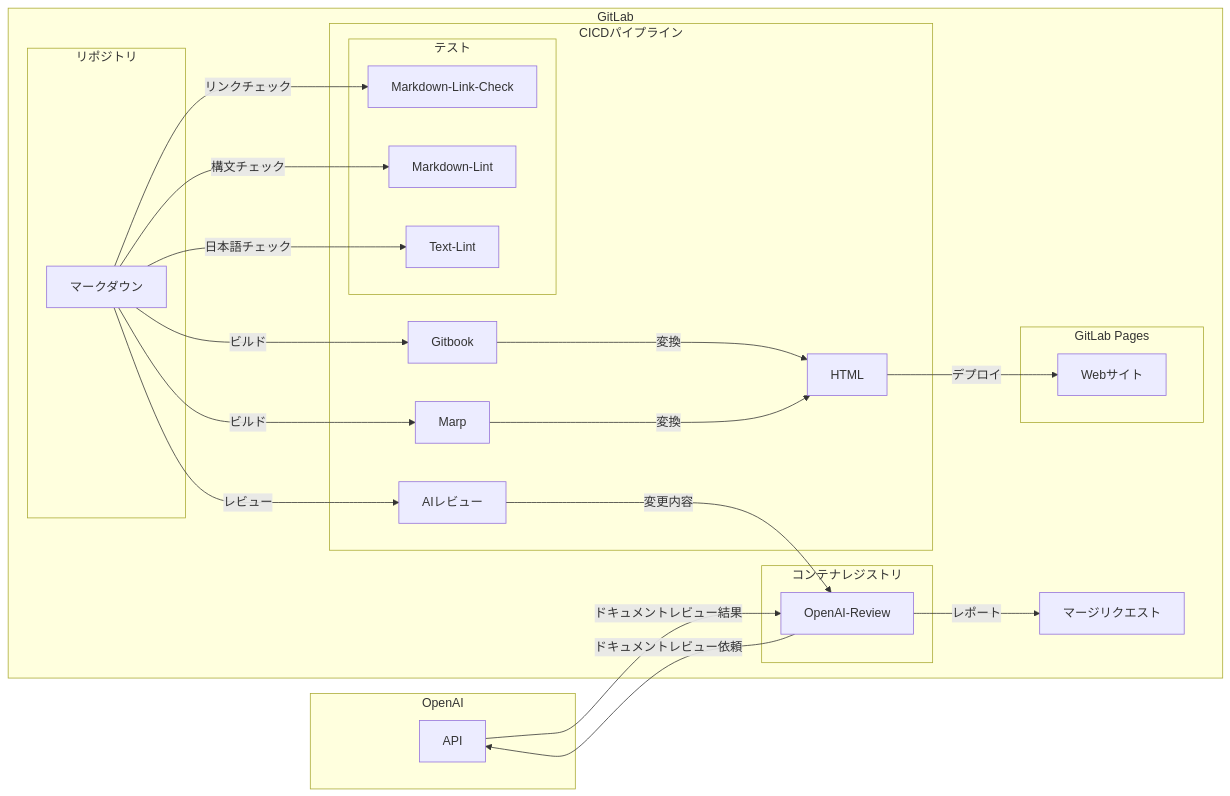
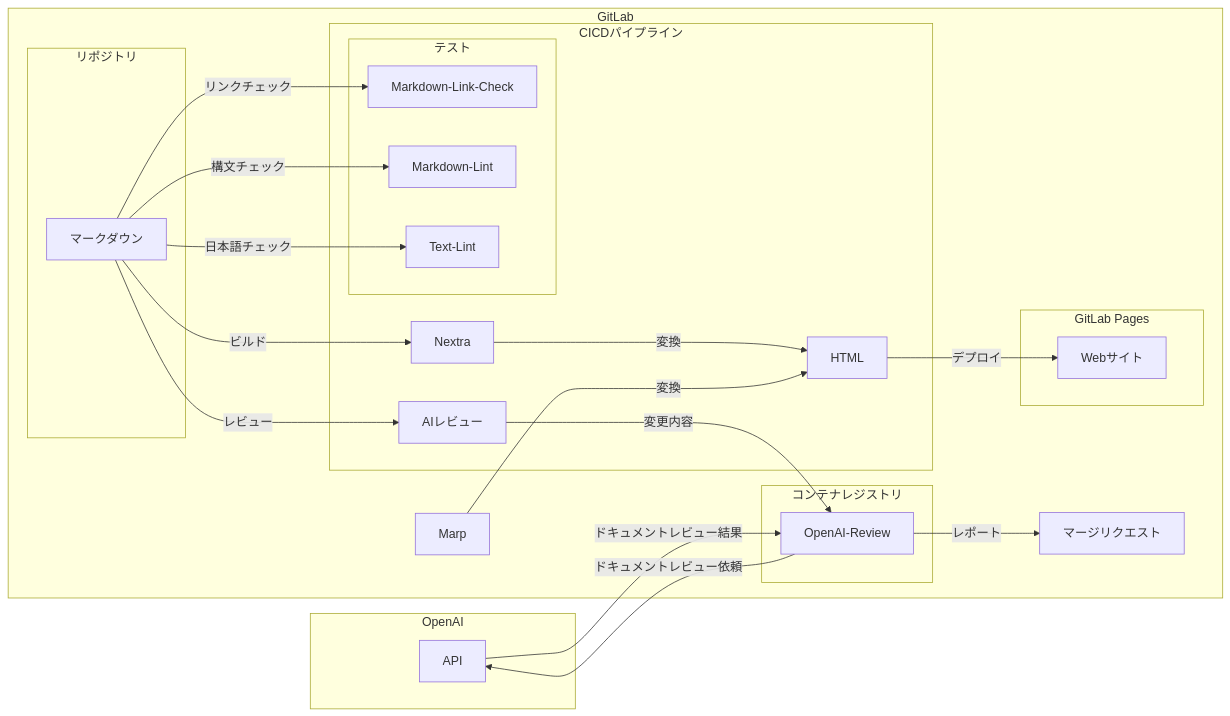
One commit to gongyong/docs changed the first of 2 diagrams in pages/index.mdx. Above: the diagram before and after it, drawn with Mermaid.

````diff
--- a/pages/index.mdx
+++ b/pages/index.mdx
@@ -31,42 +31,40 @@
 ```mermaid
 graph LR
 subgraph OpenAI
     API
 end
 subgraph GitLab
     subgraph リポジトリ
         マークダウン
     end
     subgraph CICDパイプライン
         subgraph テスト
             Markdown-Link-Check
             Markdown-Lint
             Text-Lint
         end
         AIレビュー
-        Gitbook
-        Marp
+        Nextra
         HTML
     end
     subgraph コンテナレジストリ
         OpenAI-Review
     end
     subgraph GitLab Pages
         Webサイト
     end
     マージリクエスト
     マークダウン--リンクチェック-->Markdown-Link-Check
     マークダウン--構文チェック-->Markdown-Lint
     マークダウン--日本語チェック-->Text-Lint
     マークダウン--レビュー-->AIレビュー
     AIレビュー--変更内容-->OpenAI-Review
     OpenAI-Review--ドキュメントレビュー依頼-->API
     API--ドキュメントレビュー結果-->OpenAI-Review
     OpenAI-Review--レポート-->マージリクエスト
-    マークダウン--ビルド-->Gitbook
-    マークダウン--ビルド-->Marp
-    Gitbook--変換-->HTML
+    マークダウン--ビルド-->Nextra
+    Nextra--変換-->HTML
     Marp--変換-->HTML
     HTML--デプロイ-->Webサイト
 end
 ```
````
